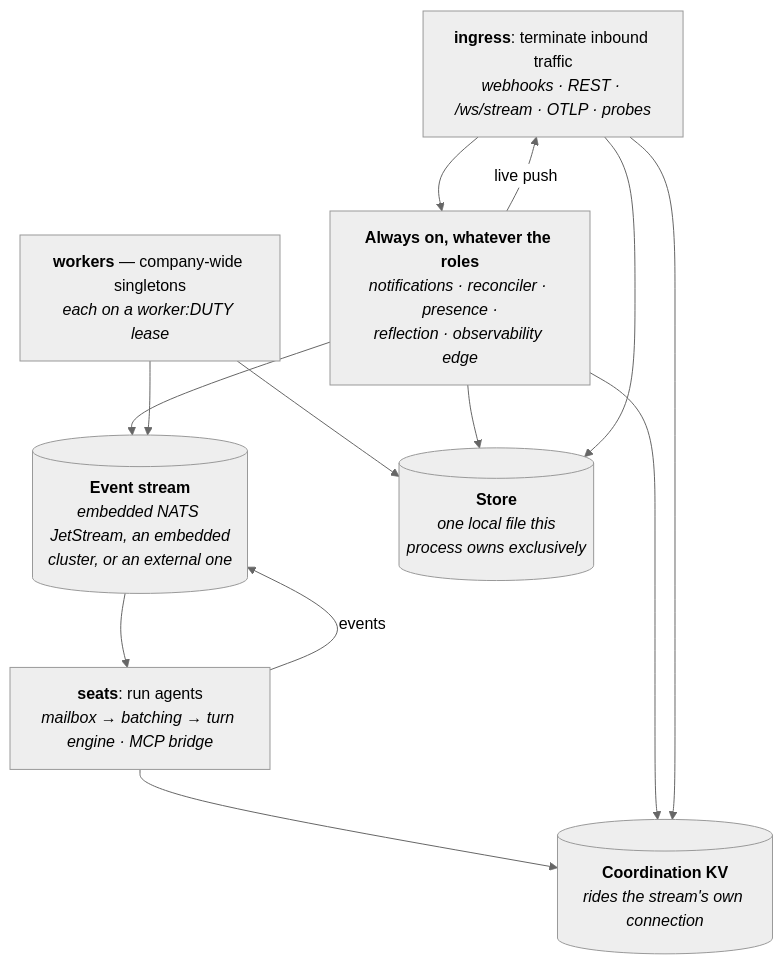
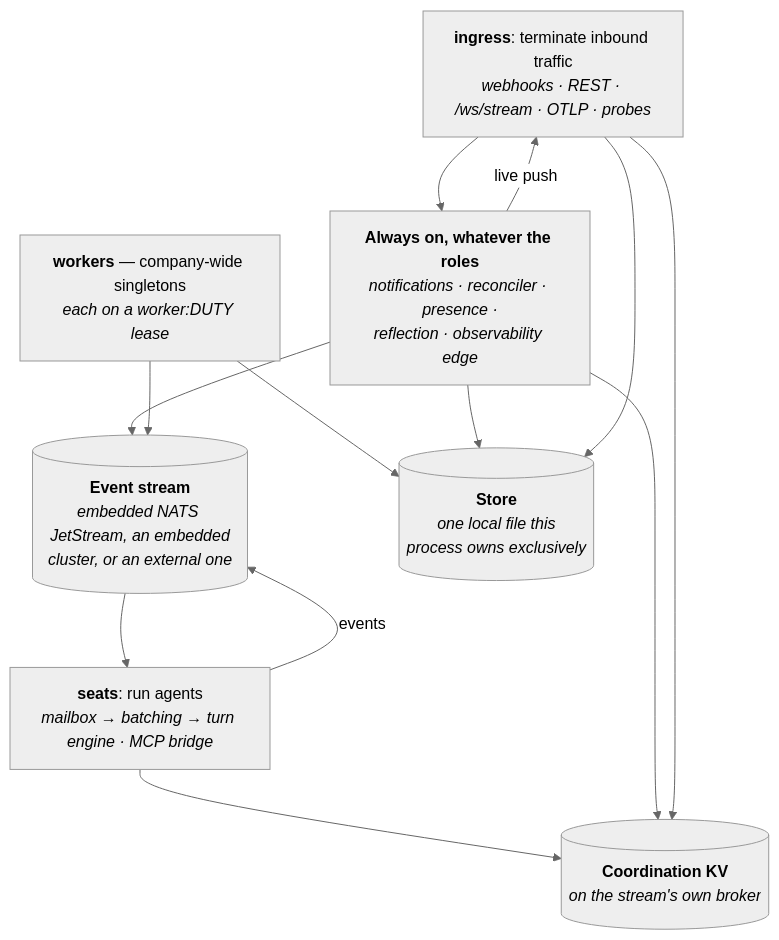
The third of 10 diagrams in docs/concepts/architecture.md (crewlet/crewlet), drawn with Mermaid (neutral theme) before and after one commit. The commit also changed other lines of this file and 20 other files, not shown here.

````diff
--- a/docs/concepts/architecture.md
+++ b/docs/concepts/architecture.md
@@ -110,21 +110,21 @@
 ```mermaid
 flowchart TB
     ING["<b>ingress</b>: terminate inbound traffic<br/><i>webhooks · REST · /ws/stream · OTLP · probes</i>"]
     ALWAYS["<b>Always on, whatever the roles</b><br/><i>notifications · reconciler · presence ·<br/>reflection · observability edge</i>"]
     SEATS["<b>seats</b>: run agents<br/><i>mailbox → batching → turn engine · MCP bridge</i>"]
     WORK["<b>workers</b> — company-wide singletons<br/><i>each on a worker:DUTY lease</i>"]
     STREAM[("<b>Event stream</b><br/><i>embedded NATS JetStream, an embedded<br/>cluster, or an external one</i>")]
-    KV[("<b>Coordination KV</b><br/><i>rides the stream's own connection</i>")]
+    KV[("<b>Coordination KV</b><br/><i>on the stream's own broker</i>")]
     DB[("<b>Store</b><br/><i>one local file this<br/>process owns exclusively</i>")]
 
     ING --> ALWAYS --> STREAM --> SEATS
     SEATS -->|events| STREAM
     SEATS --> KV
     WORK --> STREAM
     WORK --> DB
     ALWAYS -->|"live push"| ING
     ALWAYS --> KV
     ALWAYS --> DB
     ING --> KV
     ING --> DB
 ```
````
